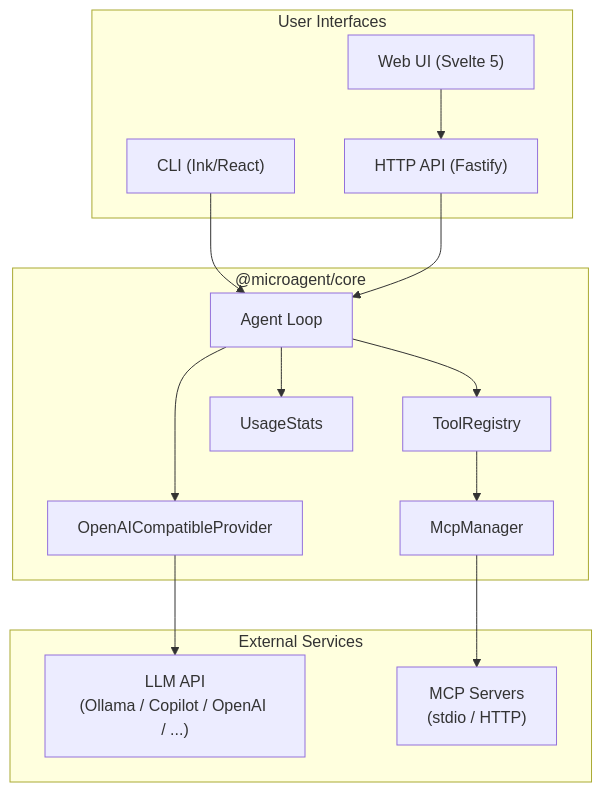
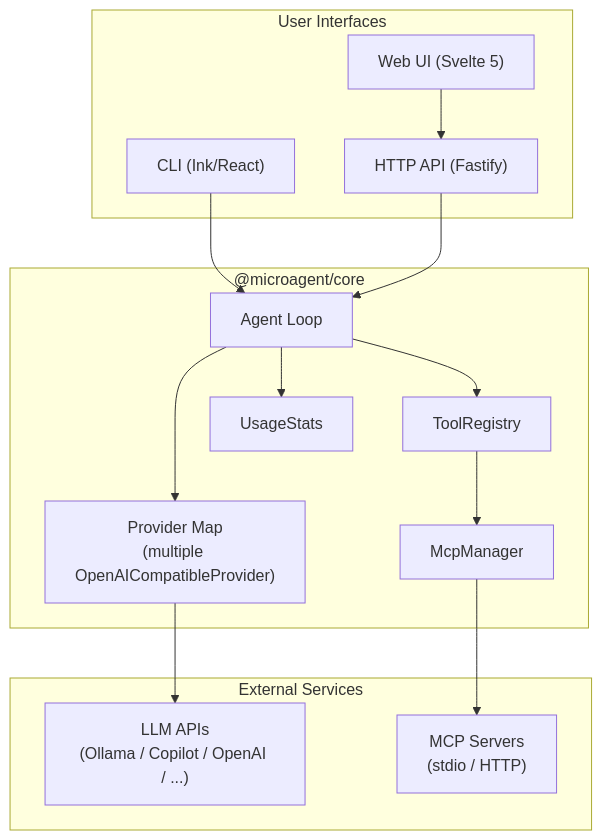
One commit to emdzej/microagent changed the first of 12 diagrams in docs/HOW_IT_WORKS.md. Above: the diagram before and after it, drawn with Mermaid. The commit also changed other lines of this file and 1 other file, not shown here.

Commit message:
docs: update README and HOW_IT_WORKS for multi-provider support

````diff
--- a/docs/HOW_IT_WORKS.md
+++ b/docs/HOW_IT_WORKS.md
@@ -37,29 +38,29 @@
 ```mermaid
 graph TB
     subgraph "User Interfaces"
         CLI["CLI (Ink/React)"]
         WEB["Web UI (Svelte 5)"]
         API["HTTP API (Fastify)"]
     end
 
     subgraph "@microagent/core"
         AGENT["Agent Loop"]
-        PROVIDER["OpenAICompatibleProvider"]
+        PROVIDERS["Provider Map\n(multiple OpenAICompatibleProvider)"]
         REGISTRY["ToolRegistry"]
         MCP["McpManager"]
         STATS["UsageStats"]
     end
 
     subgraph "External Services"
-        LLM["LLM API\n(Ollama / Copilot / OpenAI / ...)"]
+        LLM["LLM APIs\n(Ollama / Copilot / OpenAI / ...)"]
         MCP_SERVER["MCP Servers\n(stdio / HTTP)"]
     end
 
     CLI --> AGENT
     WEB --> API --> AGENT
-    AGENT --> PROVIDER --> LLM
+    AGENT --> PROVIDERS --> LLM
     AGENT --> REGISTRY
     REGISTRY --> MCP
     MCP --> MCP_SERVER
     AGENT --> STATS
 ```
````
